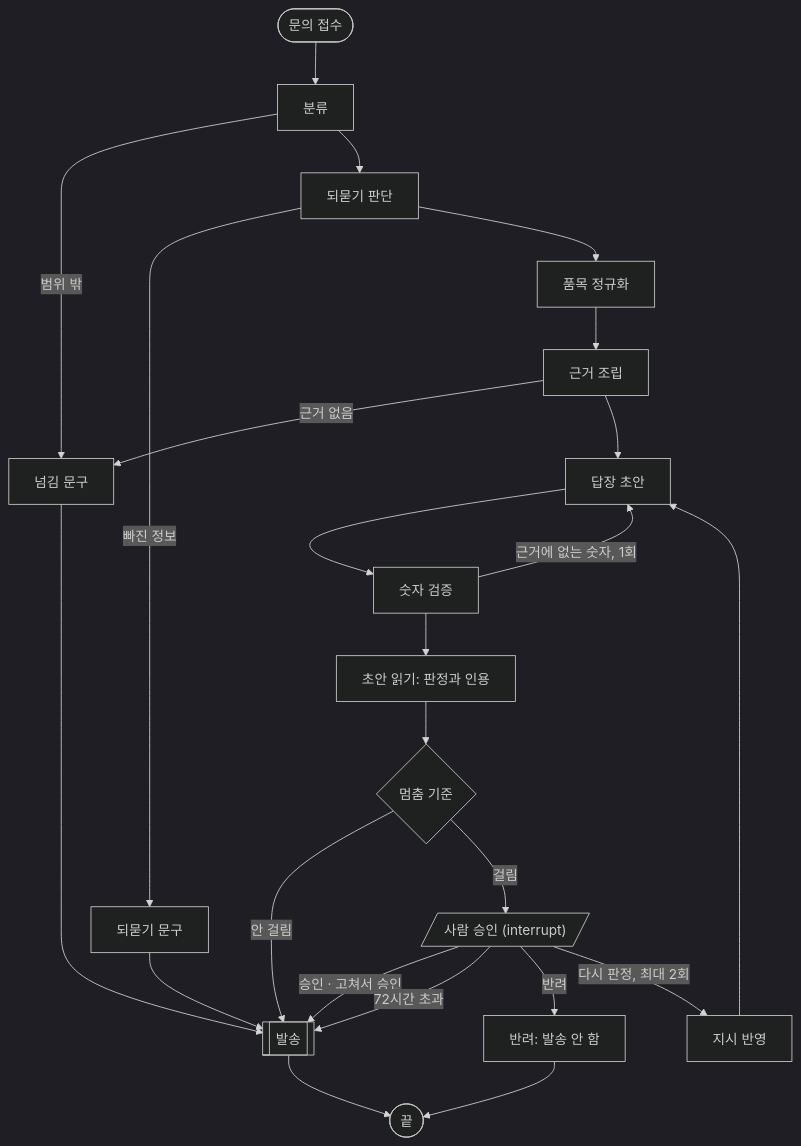
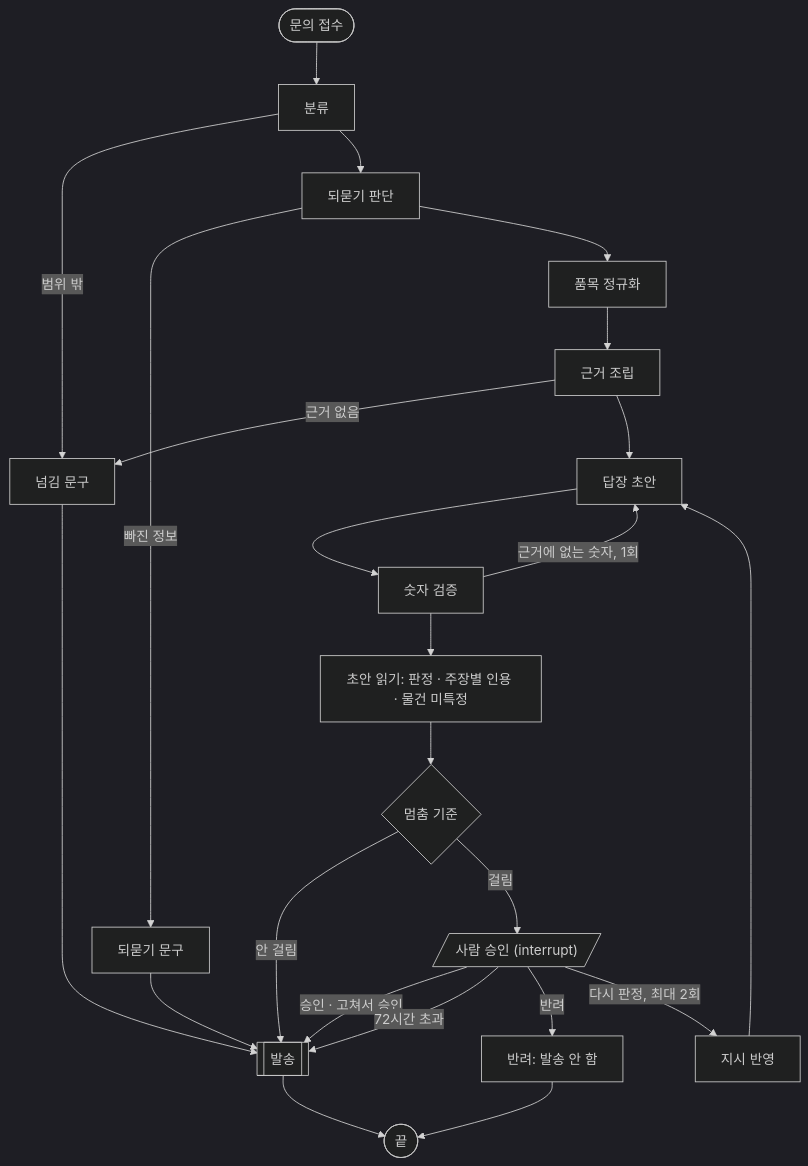
One commit to jubyeong-kim/souvenir-customs-agent changed the diagram in hitl/REPORT.md. Above: the diagram before and after it, drawn with Mermaid (dark theme). The commit also changed other lines of this file and 8 other files, not shown here.

````diff
--- a/hitl/REPORT.md
+++ b/hitl/REPORT.md
@@ -15,24 +15,24 @@
 ```mermaid
 flowchart TD
     IN([문의 접수]) --> classify[분류]
     classify -->|범위 밖| handoff[넘김 문구]
     classify --> gate[되묻기 판단]
     gate -->|빠진 정보| ask[되묻기 문구]
     gate --> normalize[품목 정규화] --> assemble[근거 조립]
     assemble -->|근거 없음| handoff
     assemble --> answer[답장 초안]
     answer --> verify[숫자 검증]
     verify -->|근거에 없는 숫자, 1회| answer
-    verify --> read[초안 읽기: 판정과 인용]
+    verify --> read["초안 읽기: 판정 · 주장별 인용 · 물건 미특정"]
     read --> risk{멈춤 기준}
     risk -->|안 걸림| send[[발송]]
     risk -->|걸림| review[/"사람 승인 (interrupt)"/]
     review -->|승인 · 고쳐서 승인| send
     review -->|72시간 초과| send
     review -->|반려| reject[반려: 발송 안 함]
     review -->|다시 판정, 최대 2회| redo[지시 반영] --> answer
     ask --> send
     handoff --> send
     send --> OUT([끝])
     reject --> OUT
 ```
````
